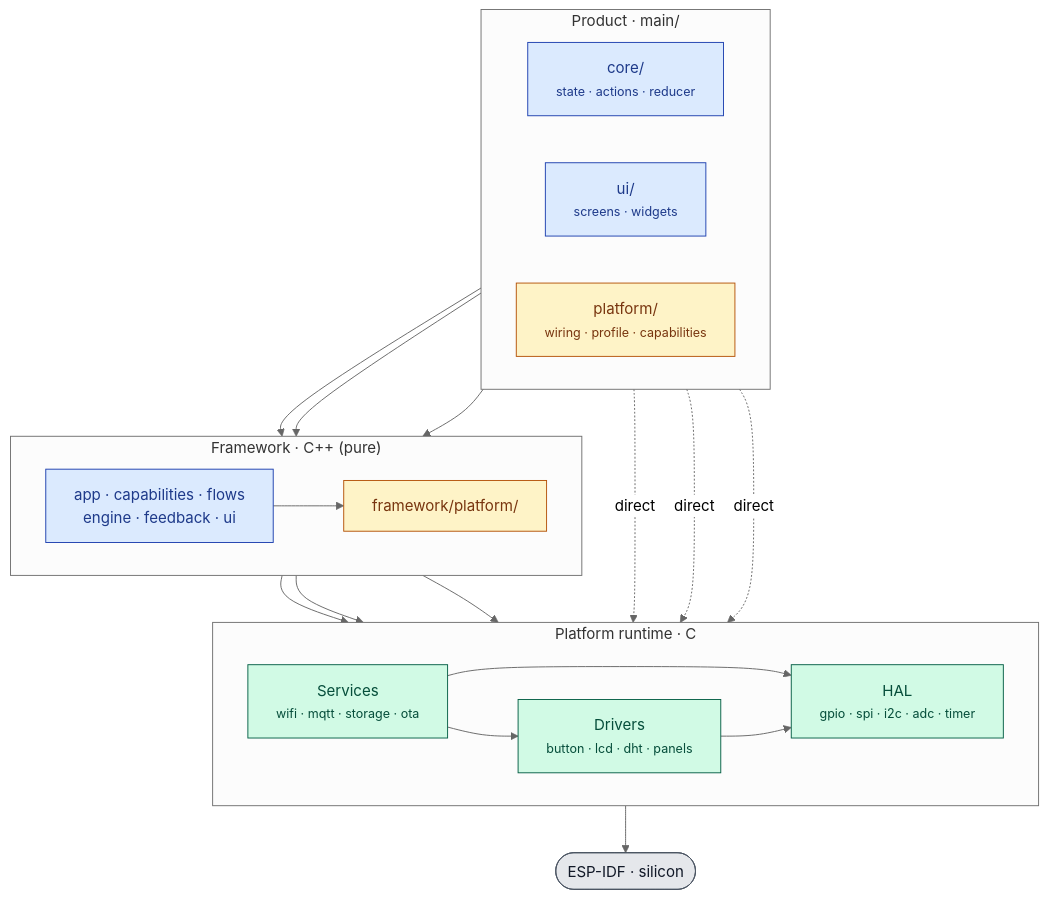
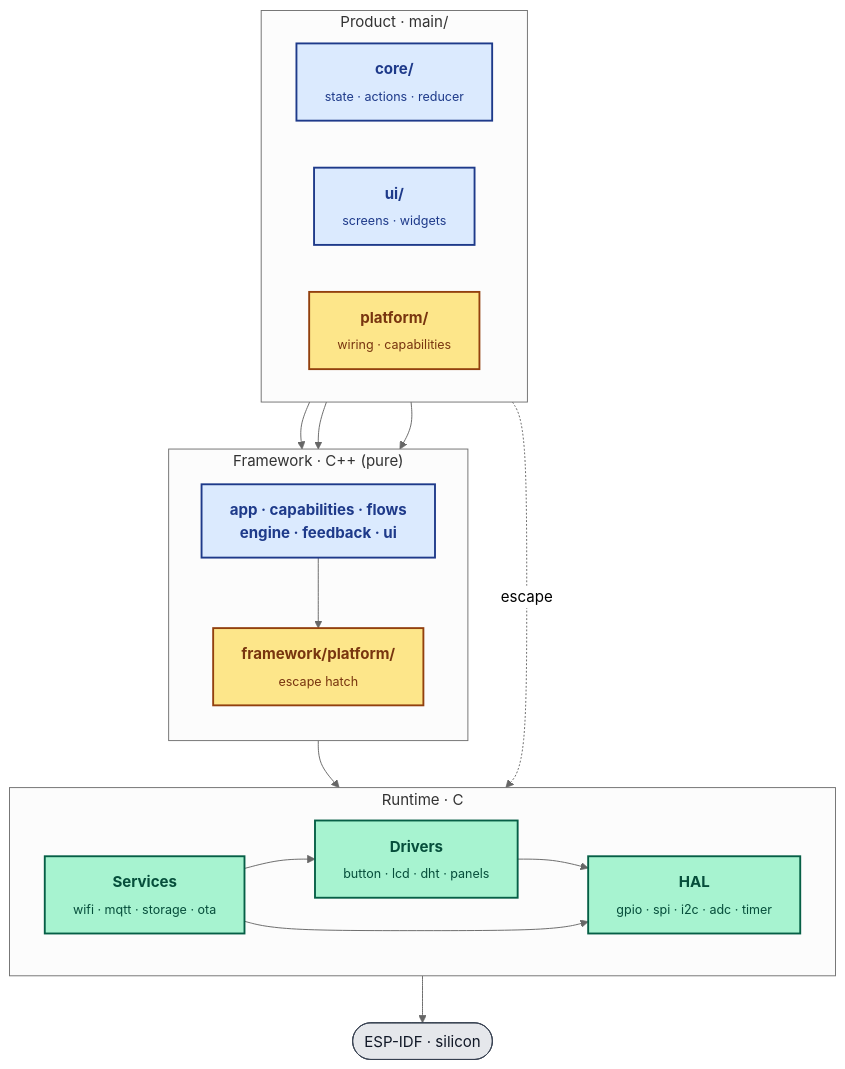
Before and after one commit to oguzkaganozt/blusys: the diagram in README.md, drawn with Mermaid (neutral theme).

Commit message:
docs: streamline README architecture mermaid
Collapse the 6 fan-out arrows from main/platform and framework/platform
to one arrow per platform seam targeting the runtime subgraph as a whole.
Move the services/drivers/hal DAG inside the runtime box so the top half
stays uncluttered. Bolder node fills, sub tags for descriptions, single
'escape' label on the product-level dotted bridge.

````diff
--- a/README.md
+++ b/README.md
@@ -61,51 +61,45 @@
 ```mermaid
 flowchart TB
     subgraph prod["Product · main/"]
         direction LR
-        core["core/<br/><small>state · actions · reducer</small>"]
-        pui["ui/<br/><small>screens · widgets</small>"]
-        mplat["platform/<br/><small>wiring · profile · capabilities</small>"]
+        core["<b>core/</b><br/><sub>state · actions · reducer</sub>"]
+        pui["<b>ui/</b><br/><sub>screens · widgets</sub>"]
+        mplat["<b>platform/</b><br/><sub>wiring · capabilities</sub>"]
     end
 
-    subgraph fw["Framework · C++  (pure)"]
-        direction LR
-        pure["app · capabilities · flows<br/>engine · feedback · ui"]
-        fplat["framework/platform/"]
+    subgraph fw["Framework · C++ (pure)"]
+        direction TB
+        pure["<b>app · capabilities · flows</b><br/><b>engine · feedback · ui</b>"]
+        fplat["<b>framework/platform/</b><br/><sub>escape hatch</sub>"]
+        pure --> fplat
     end
 
-    subgraph runtime["Platform runtime · C"]
+    subgraph rt["Runtime · C"]
         direction LR
-        svc["Services<br/><small>wifi · mqtt · storage · ota</small>"]
-        drv["Drivers<br/><small>button · lcd · dht · panels</small>"]
-        hal["HAL<br/><small>gpio · spi · i2c · adc · timer</small>"]
+        svc["<b>Services</b><br/><sub>wifi · mqtt · storage · ota</sub>"]
+        drv["<b>Drivers</b><br/><sub>button · lcd · dht · panels</sub>"]
+        hal["<b>HAL</b><br/><sub>gpio · spi · i2c · adc · timer</sub>"]
+        svc --> drv
+        drv --> hal
+        svc --> hal
     end
 
     idf([ESP-IDF · silicon])
 
-    core   --> pure
-    pui    --> pure
-    mplat  --> pure
-    mplat  -. direct .-> svc
-    mplat  -. direct .-> drv
-    mplat  -. direct .-> hal
+    core  --> pure
+    pui   --> pure
+    mplat --> pure
+    fplat --> rt
+    mplat -. escape .-> rt
+    hal   --> idf
 
-    pure   --> fplat
-    fplat  --> svc
-    fplat  --> drv
-    fplat  --> hal
-
-    svc    --> drv
-    svc    --> hal
-    drv    --> hal
-    hal    --> idf
-
-    classDef pure    fill:#dbeafe,stroke:#1e40af,color:#1e3a8a
-    classDef escape  fill:#fef3c7,stroke:#b45309,color:#78350f
-    classDef cc      fill:#d1fae5,stroke:#065f46,color:#064e3b
-    classDef idf     fill:#e5e7eb,stroke:#4b5563,color:#111827
+    classDef pure   fill:#dbeafe,stroke:#1e3a8a,color:#1e3a8a,stroke-width:2px
+    classDef escape fill:#fde68a,stroke:#92400e,color:#78350f,stroke-width:2px
+    classDef cc     fill:#a7f3d0,stroke:#065f46,color:#064e3b,stroke-width:2px
+    classDef idf    fill:#e5e7eb,stroke:#374151,color:#111827
 
     class core,pui,pure pure
     class mplat,fplat escape
     class svc,drv,hal cc
     class idf idf
 ```
````
